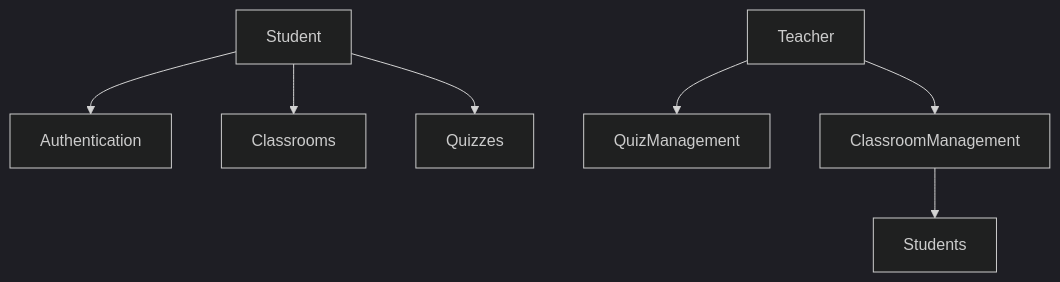
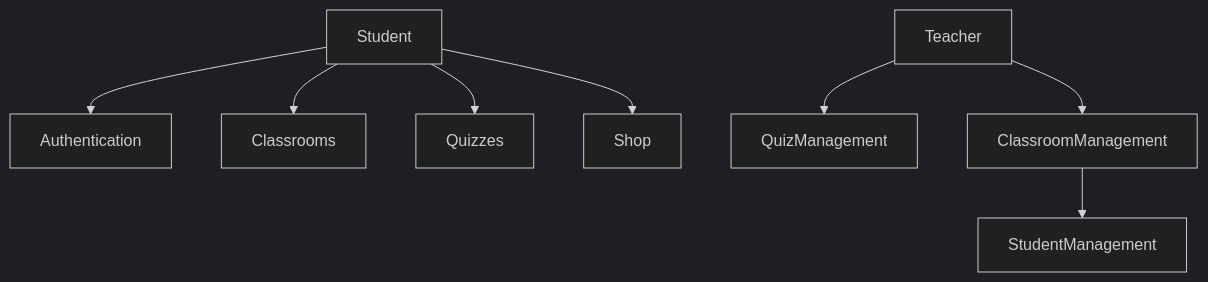
The diagram in docs/ui-components.md (Firewat/Quizz-Masterz), drawn with Mermaid (dark theme) before and after one commit. The commit also changed other lines of this file, not shown here.

````diff
--- a/docs/ui-components.md
+++ b/docs/ui-components.md
@@ -61,9 +41,10 @@
 ```mermaid
 graph TD;
     Student-->Authentication;
     Student-->Classrooms;
     Student-->Quizzes;
+    Student-->Shop;
     Teacher-->QuizManagement;
     Teacher-->ClassroomManagement;
-    ClassroomManagement-->Students;
+    ClassroomManagement-->StudentManagement;
 ```
````
